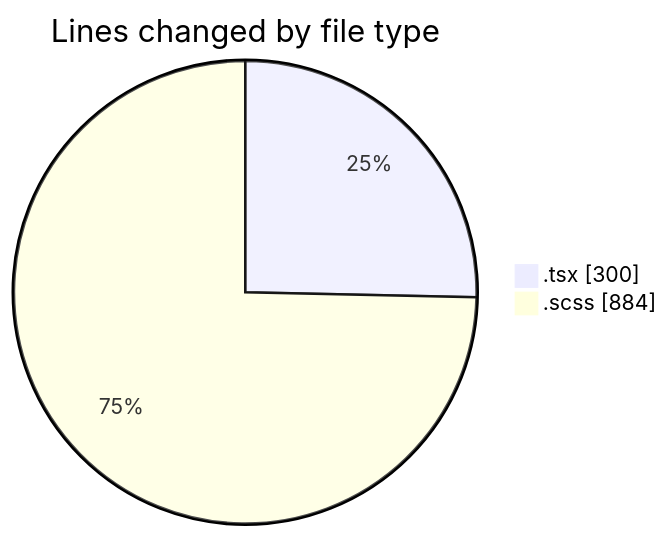
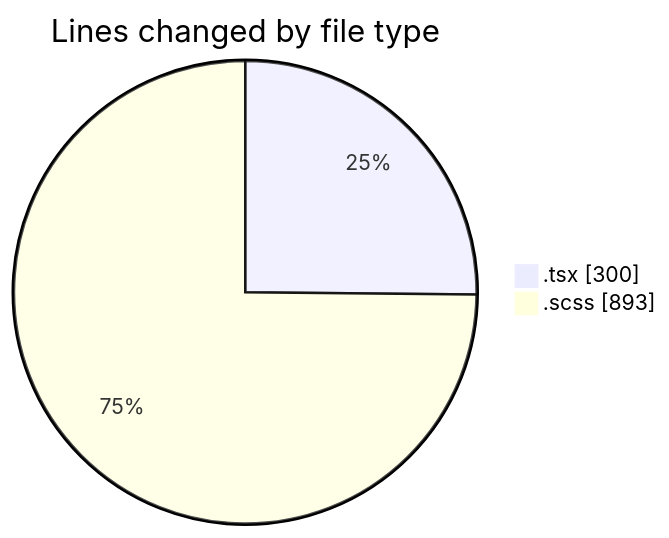
One commit to momahboobian/code-tracking changed the first of 2 diagrams in 2025-09-19/cda/README.md. Above: the diagram before and after it, drawn with Mermaid. The commit also changed other lines of this file and 1 other file, not shown here.

````diff
--- a/2025-09-19/cda/README.md
+++ b/2025-09-19/cda/README.md
@@ -21,6 +21,6 @@
 ```mermaid
 pie showData
 title Lines changed by file type
 ".tsx" : 300
-".scss" : 884
+".scss" : 893
 ```
````
